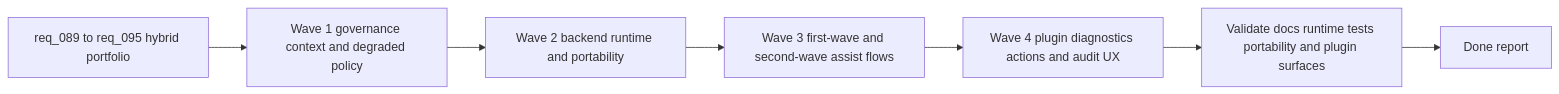
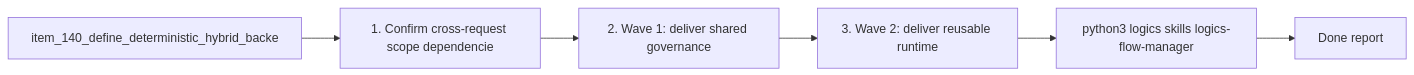
Before and after one commit to AlexAgo83/logics-manager: the diagram in logics/tasks/task_100_orchestration_delivery_for_req_089_to_req_095_hybrid_assist_runtime_portfolio_governance_portability_and_plugin_exposure.md, drawn with Mermaid. The commit also changed other lines of this file and 481 other files, not shown here.

````diff
--- a/logics/tasks/task_100_orchestration_delivery_for_req_089_to_req_095_hybrid_assist_runtime_portfolio_governance_portability_and_plugin_exposure.md
+++ b/logics/tasks/task_100_orchestration_delivery_for_req_089_to_req_095_hybrid_assist_runtime_portfolio_governance_portability_and_plugin_exposure.md
@@ -45,11 +45,10 @@
 ```mermaid
 %% logics-kind: task
 %% logics-signature: task|orchestration-delivery-for-req-089-to-re|item-140-define-deterministic-hybrid-bac|1-confirm-cross-request-scope-dependenci|python3-logics-skills-logics-flow-manage
 flowchart LR
-    Start[req_089 to req_095 hybrid portfolio] --> Wave1[Wave 1 governance context and degraded policy]
-    Wave1 --> Wave2[Wave 2 backend runtime and portability]
-    Wave2 --> Wave3[Wave 3 first-wave and second-wave assist flows]
-    Wave3 --> Wave4[Wave 4 plugin diagnostics actions and audit UX]
-    Wave4 --> Validate[Validate docs runtime tests portability and plugin surfaces]
-    Validate --> Report[Done report]
+    Backlog[item_140_define_deterministic_hybrid_backe] --> Step1[1. Confirm cross-request scope dependencie]
+    Step1 --> Step2[2. Wave 1: deliver shared governance]
+    Step2 --> Step3[3. Wave 2: deliver reusable runtime]
+    Step3 --> Validation[python3 logics skills logics-flow-manager]
+    Validation --> Report[Done report]
 ```
````
